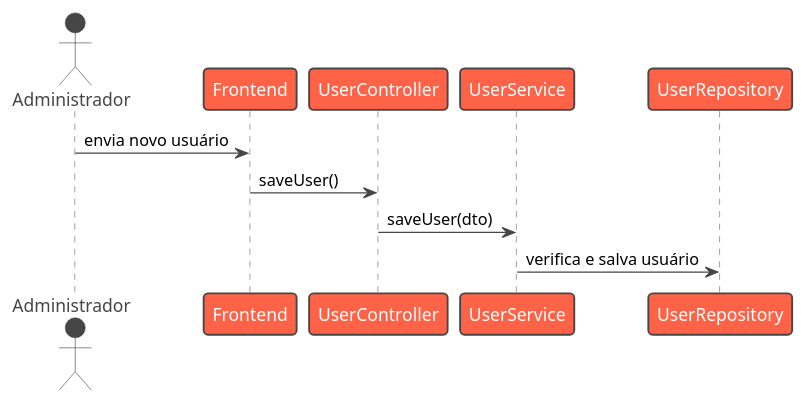
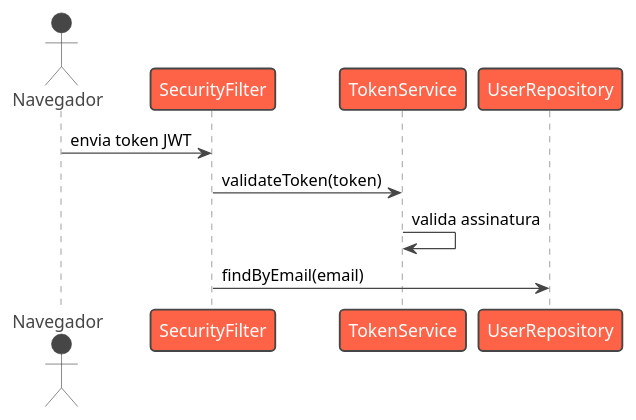
Before and after one commit to Trabalho-Arquitetura-de-Software/backend: the diagram in management_service/src/main/java/ucsal/br/api/management_service/uml/Level4fluxo_token_validation.puml, drawn with PlantUML.

Commit message:
🛡️ Atualiza diagrama de sequência: fluxo de validação de token JWT

```diff
--- a/management_service/src/main/java/ucsal/br/api/management_service/uml/Level4fluxo_token_validation.puml
+++ b/management_service/src/main/java/ucsal/br/api/management_service/uml/Level4fluxo_token_validation.puml
@@ -1,13 +1,12 @@
 @startuml
 !theme vibrant
-actor Administrador
-participant "Frontend" as FE
-participant "UserController" as UC
-participant "UserService" as US
+actor Navegador
+participant "SecurityFilter" as SF
+participant "TokenService" as TS
 participant "UserRepository" as UR
 
-Administrador -> FE : envia novo usuário
-FE -> UC : saveUser()
-UC -> US : saveUser(dto)
-US -> UR : verifica e salva usuário
+Navegador -> SF : envia token JWT
+SF -> TS : validateToken(token)
+TS -> TS : valida assinatura
+SF -> UR : findByEmail(email)
 @enduml
```
